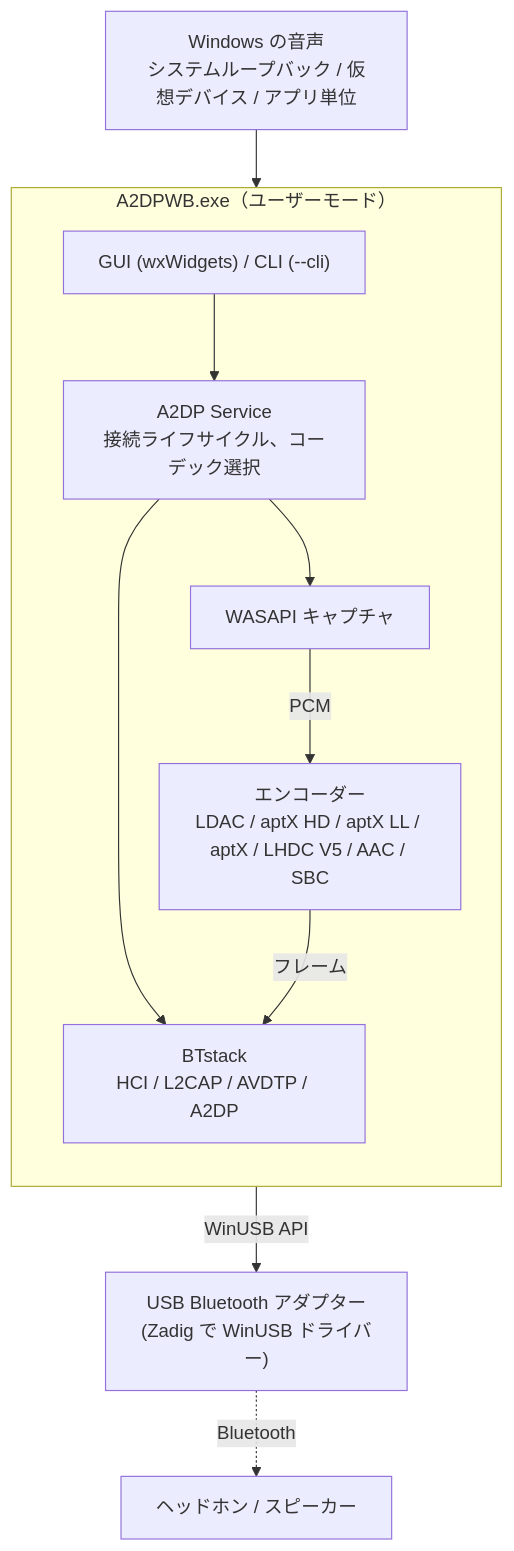
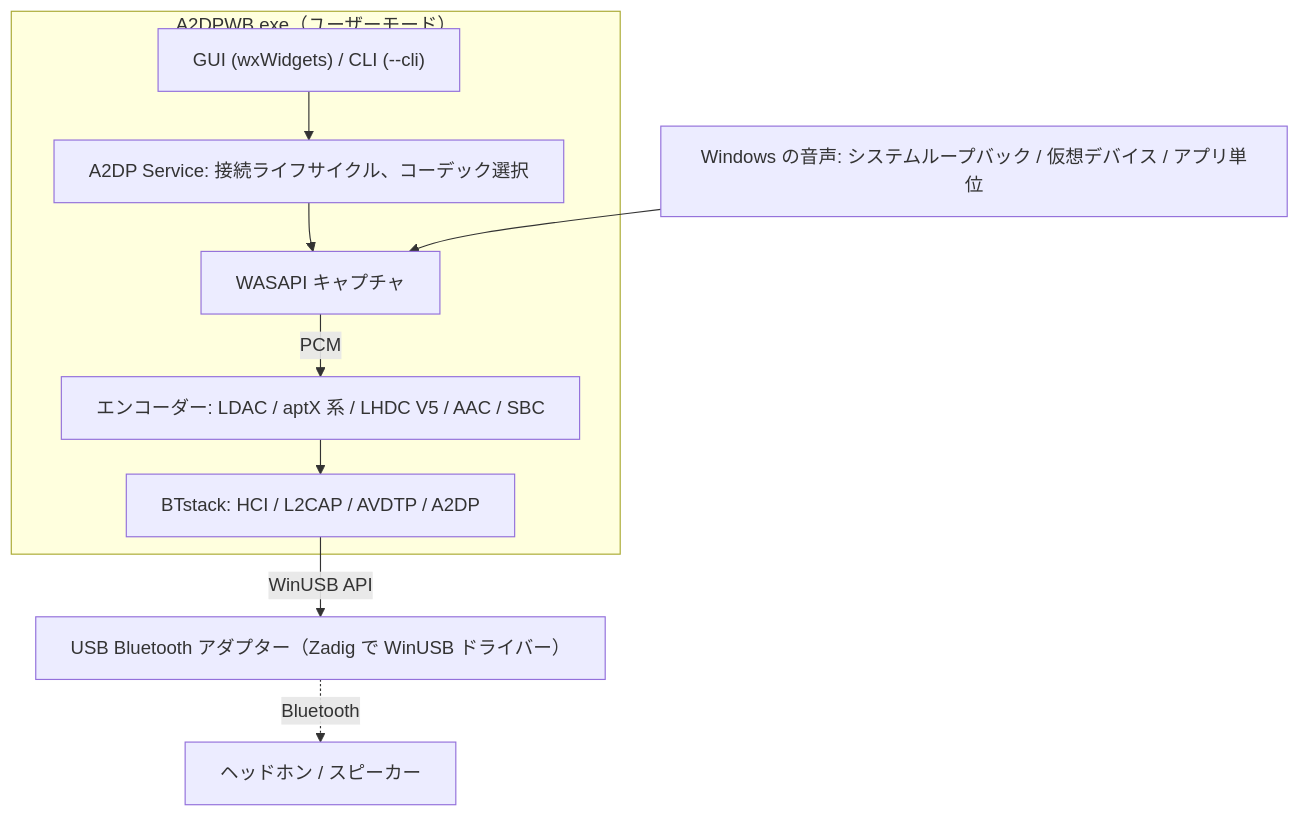
Before and after one commit to SeiyaFunaokaJP/A2DP-Windows-Bridge: the first of 4 diagrams in docs/ja/architecture.md, drawn with Mermaid. The commit also changed other lines of this file and 5 other files, not shown here.

First line of the commit message:
docs: keep Mermaid diagram labels on one line

````diff
--- a/docs/ja/architecture.md
+++ b/docs/ja/architecture.md
@@ -25,20 +25,19 @@
 ```mermaid
+---
+config:
+  flowchart:
+    wrappingWidth: 480
+    rankSpacing: 30
+---
 flowchart TB
-    src["Windows の音声<br/>システムループバック / 仮想デバイス / アプリ単位"]
+    src["Windows の音声: システムループバック / 仮想デバイス / アプリ単位"]
     subgraph exe["A2DPWB.exe（ユーザーモード）"]
-        direction TB
-        ui["GUI (wxWidgets) / CLI (--cli)"]
-        svc["A2DP Service<br/>接続ライフサイクル、コーデック選択"]
-        cap["WASAPI キャプチャ"]
-        enc["エンコーダー<br/>LDAC / aptX HD / aptX LL / aptX / LHDC V5 / AAC / SBC"]
-        bt["BTstack<br/>HCI / L2CAP / AVDTP / A2DP"]
-        ui --> svc
-        svc --> cap
-        svc --> bt
-        cap -- PCM --> enc
-        enc -- フレーム --> bt
+        ui["GUI (wxWidgets) / CLI (--cli)"] --> svc["A2DP Service: 接続ライフサイクル、コーデック選択"]
+        svc --> cap["WASAPI キャプチャ"]
+        cap -- PCM --> enc["エンコーダー: LDAC / aptX 系 / LHDC V5 / AAC / SBC"]
+        enc --> bt["BTstack: HCI / L2CAP / AVDTP / A2DP"]
     end
     src --> cap
-    bt -- WinUSB API --> usb["USB Bluetooth アダプター<br/>(Zadig で WinUSB ドライバー)"]
+    bt -- WinUSB API --> usb["USB Bluetooth アダプター（Zadig で WinUSB ドライバー）"]
     usb -. Bluetooth .-> hp["ヘッドホン / スピーカー"]
 ```
````
